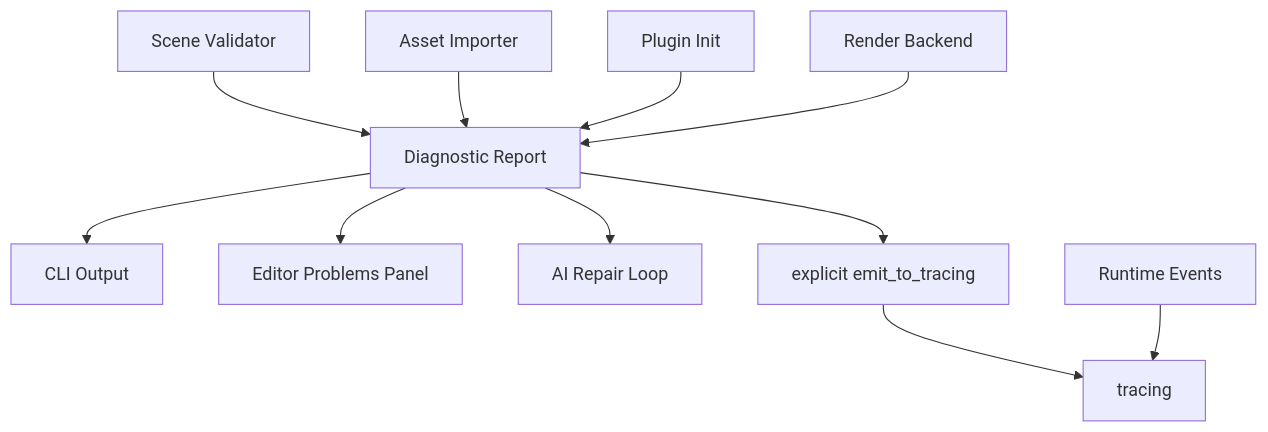
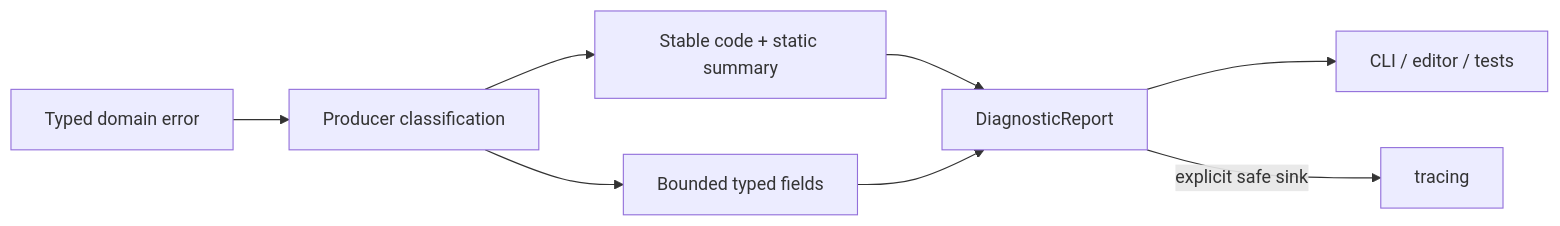
One commit to Latias94/nara changed the diagram in docs/architecture/adr/0009-diagnostics-errors-and-logging.md. Above: the diagram before and after it, drawn with Mermaid. The commit also changed other lines of this file and 48 other files, not shown here.

Commit message:
feat(diagnostics): enforce privacy-safe observations

````diff
--- a/docs/architecture/adr/0009-diagnostics-errors-and-logging.md
+++ b/docs/architecture/adr/0009-diagnostics-errors-and-logging.md
@@ -28,13 +54,10 @@
 ```mermaid
-flowchart TD
-    Scene[Scene Validator] --> Diagnostics[Diagnostic Report]
-    Asset[Asset Importer] --> Diagnostics
-    Plugin[Plugin Init] --> Diagnostics
-    Renderer[Render Backend] --> Diagnostics
-    Diagnostics --> CLI[CLI Output]
-    Diagnostics --> Editor[Editor Problems Panel]
-    Diagnostics --> AI[AI Repair Loop]
-    Diagnostics --> TraceBridge[explicit emit_to_tracing]
-    TraceBridge --> Tracing[tracing]
-    Runtime[Runtime Events] --> Tracing[tracing]
+flowchart LR
+    Typed[Typed domain error] --> Policy[Producer classification]
+    Policy --> Code[Stable code + static summary]
+    Policy --> Fields[Bounded typed fields]
+    Code --> Report[DiagnosticReport]
+    Fields --> Report
+    Report --> Tools[CLI / editor / tests]
+    Report -->|explicit safe sink| Trace[tracing]
 ```
````
